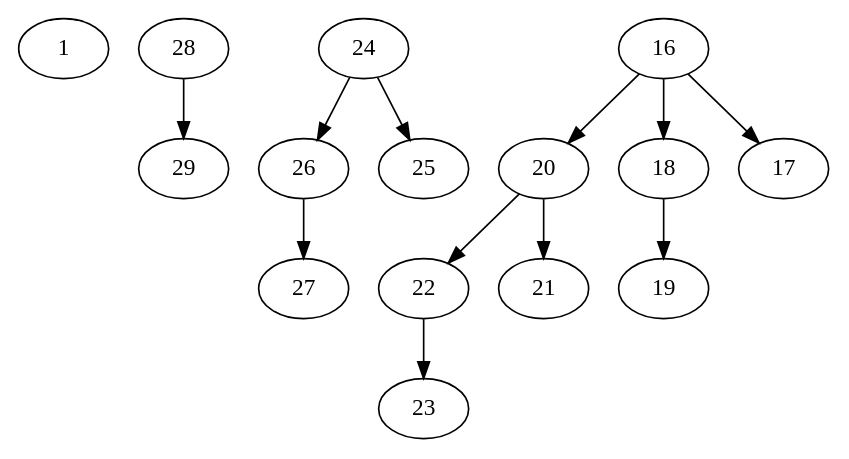
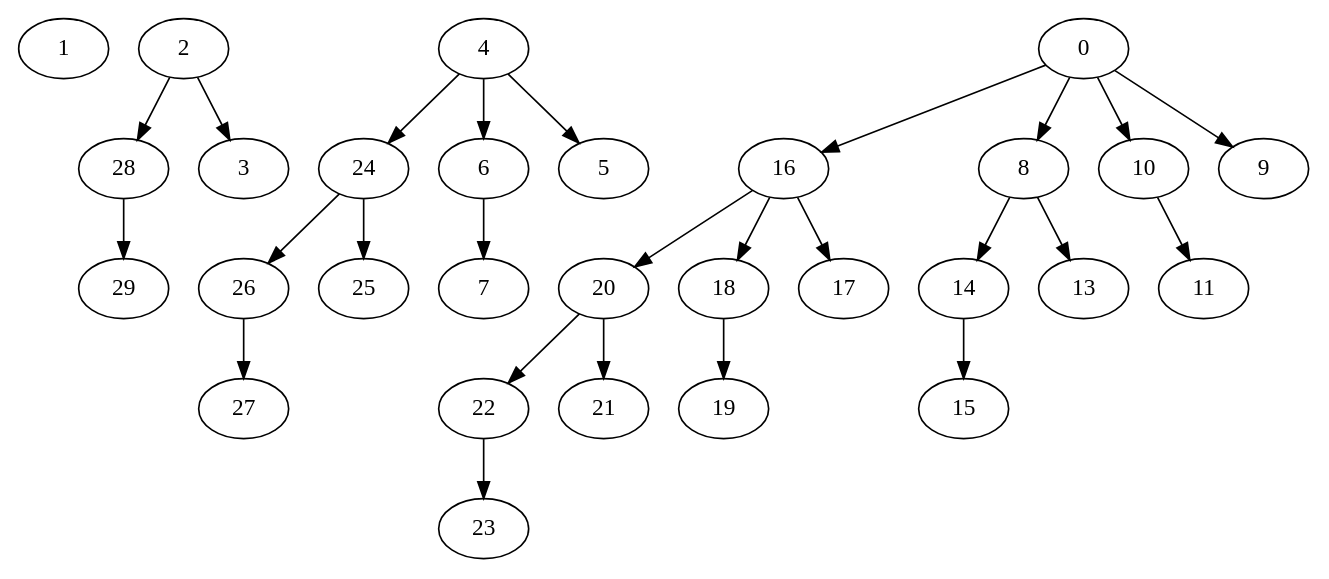
One commit to JCarlosSL/binomial_heaps changed the diagram in binomial.dot. Above: the diagram before and after it, drawn with Graphviz. The commit also changed 5 other files, not shown here.

```diff
--- a/binomial.dot
+++ b/binomial.dot
@@ -1,17 +1,31 @@
 digraph{
 1
-28
+2
+2 ->28
 28 ->29
-24
+2 ->3
+4
+4 ->24
 24 ->26
 26 ->27
 24 ->25
-16
+4 ->6
+6 ->7
+4 ->5
+0
+0 ->16
 16 ->20
 20 ->22
 22 ->23
 20 ->21
 16 ->18
 18 ->19
 16 ->17
+0 ->8
+8 ->14
+14 ->15
+8 ->13
+0 ->10
+10 ->11
+0 ->9
 }
```
